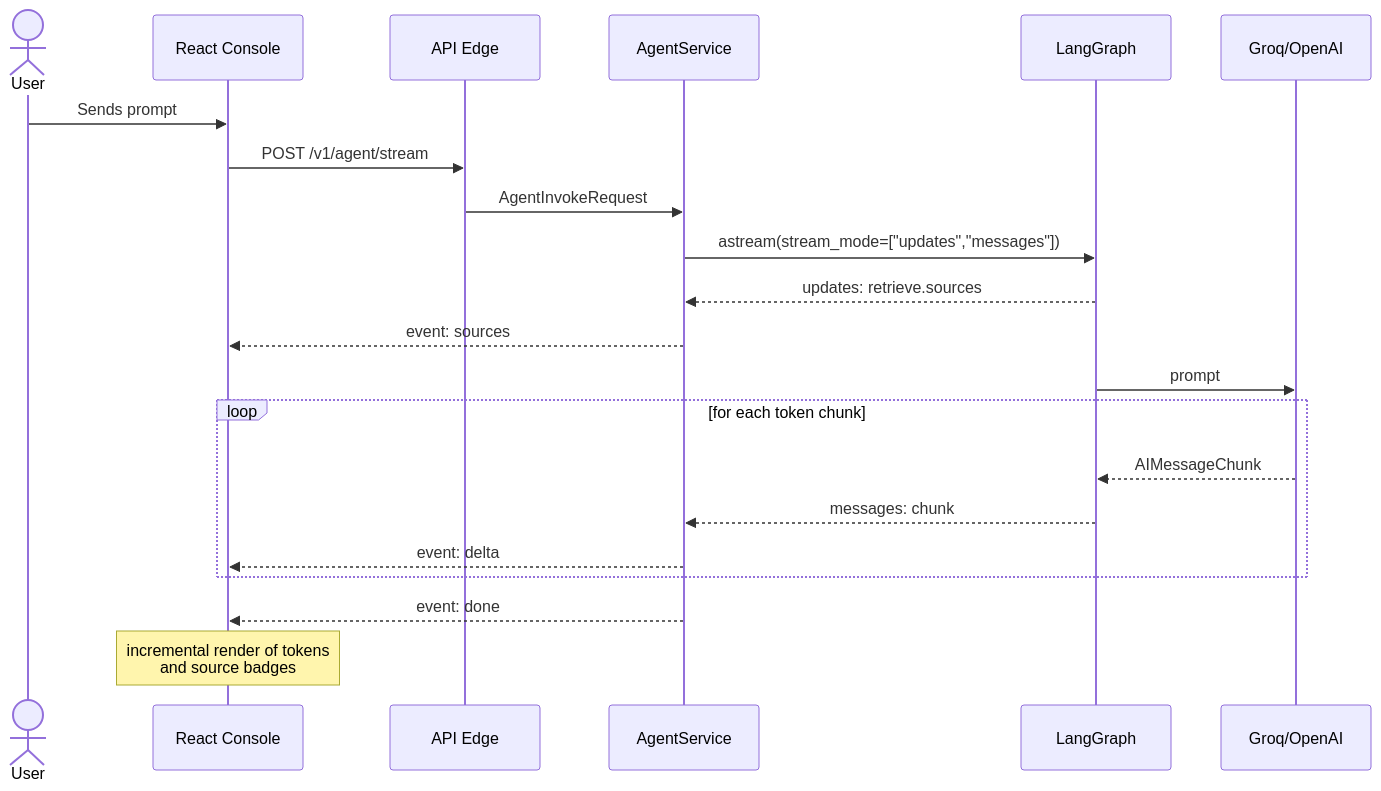
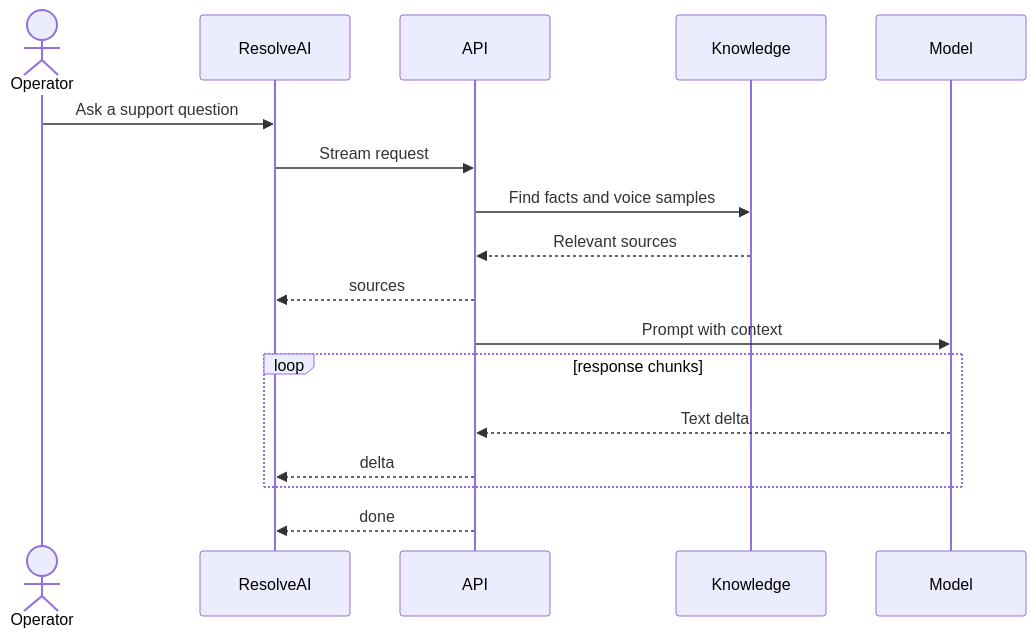
One commit to Anup-Chaurasiya/Resolve-AI---AI-Support-Operations-Platform- changed the second of 4 diagrams in docs/architecture-diagrams.md. Above: the diagram before and after it, drawn with Mermaid. The commit also changed other lines of this file and 48 other files, not shown here.

````diff
--- a/docs/architecture-diagrams.md
+++ b/docs/architecture-diagrams.md
@@ -73,24 +21,20 @@
 ```mermaid
 sequenceDiagram
-    actor User
-    participant UI as React Console
-    participant Edge as API Edge
-    participant Service as AgentService
-    participant Graph as LangGraph
-    participant LLM as Groq/OpenAI
+    actor Operator
+    participant UI as ResolveAI
+    participant API
+    participant RAG as Knowledge
+    participant LLM as Model
 
-    User->>UI: Sends prompt
-    UI->>Edge: POST /v1/agent/stream
-    Edge->>Service: AgentInvokeRequest
-    Service->>Graph: astream(stream_mode=["updates","messages"])
-    Graph-->>Service: updates: retrieve.sources
-    Service-->>UI: event: sources
-    Graph->>LLM: prompt
-    loop for each token chunk
-        LLM-->>Graph: AIMessageChunk
-        Graph-->>Service: messages: chunk
-        Service-->>UI: event: delta
+    Operator->>UI: Ask a support question
+    UI->>API: Stream request
+    API->>RAG: Find facts and voice samples
+    RAG-->>API: Relevant sources
+    API-->>UI: sources
+    API->>LLM: Prompt with context
+    loop response chunks
+        LLM-->>API: Text delta
+        API-->>UI: delta
     end
-    Service-->>UI: event: done
-    Note over UI: incremental render of tokens<br/>and source badges
+    API-->>UI: done
 ```
````
